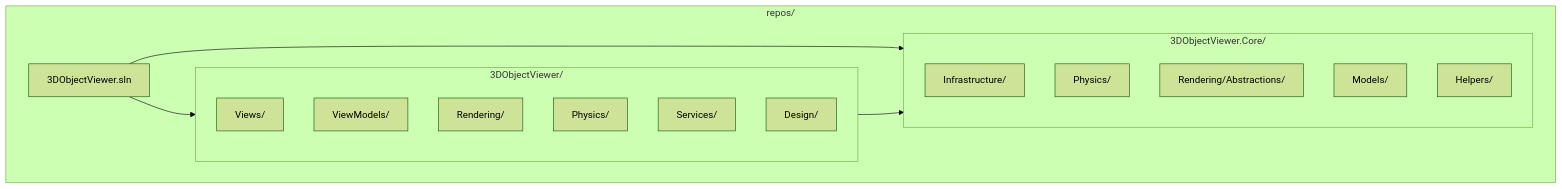
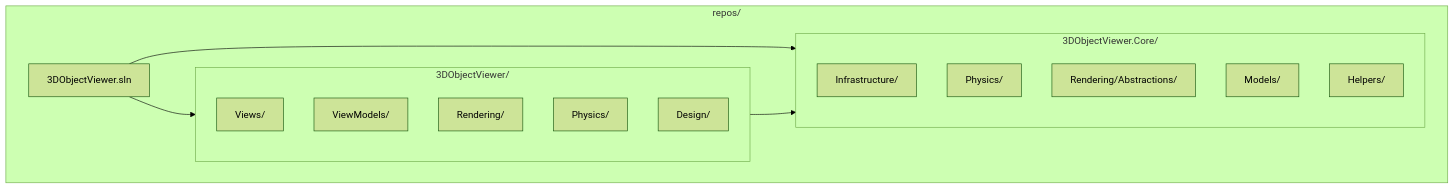
One commit to svgorkom/3DObjectViewer changed the first of 4 diagrams in 3DObjectViewer/README.md. Above: the diagram before and after it, drawn with Mermaid (forest theme). The commit also changed other lines of this file and 16 other files, not shown here.

````diff
--- a/3DObjectViewer/README.md
+++ b/3DObjectViewer/README.md
@@ -9,27 +9,26 @@
 ```mermaid
 graph TB
     subgraph Root["repos/"]
         SLN[3DObjectViewer.sln]
         
         subgraph App["3DObjectViewer/"]
             V[Views/]
             VM[ViewModels/]
             R[Rendering/]
             P[Physics/]
-            S[Services/]
             D[Design/]
         end
         
         subgraph Core["3DObjectViewer.Core/"]
             I[Infrastructure/]
             CP[Physics/]
             RA[Rendering/Abstractions/]
             M[Models/]
             H[Helpers/]
         end
     end
     
     SLN --> App
     SLN --> Core
     App --> Core
 ```
````
